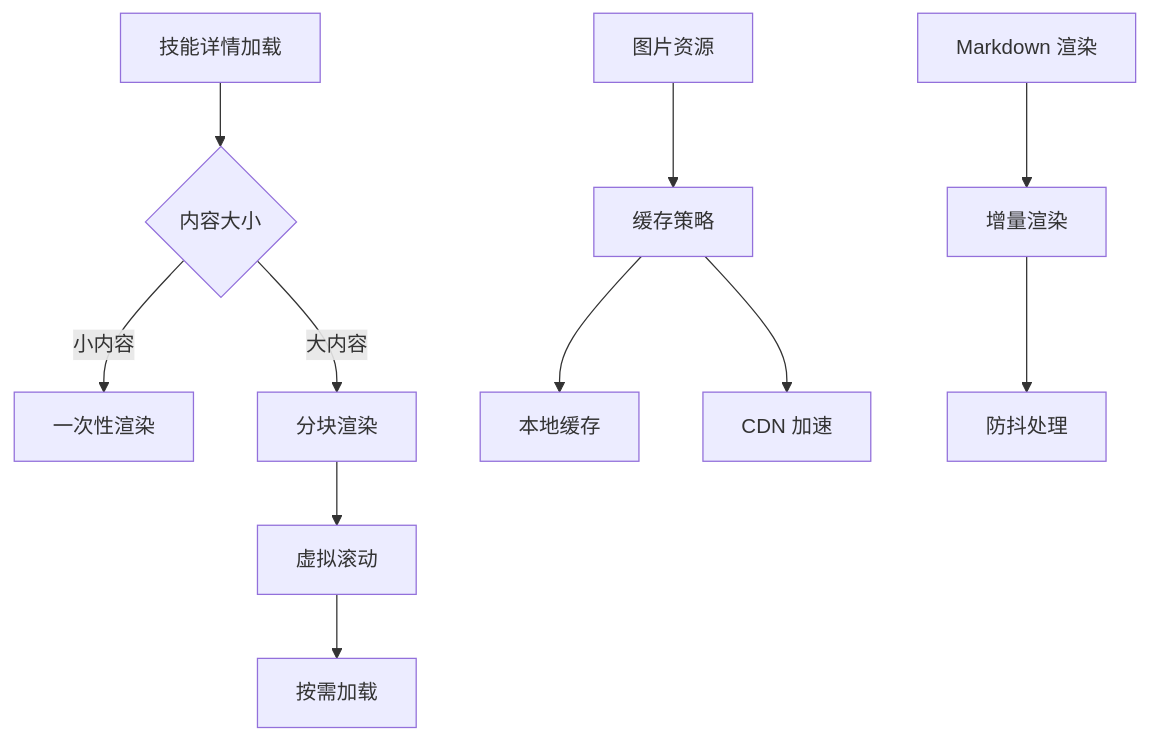
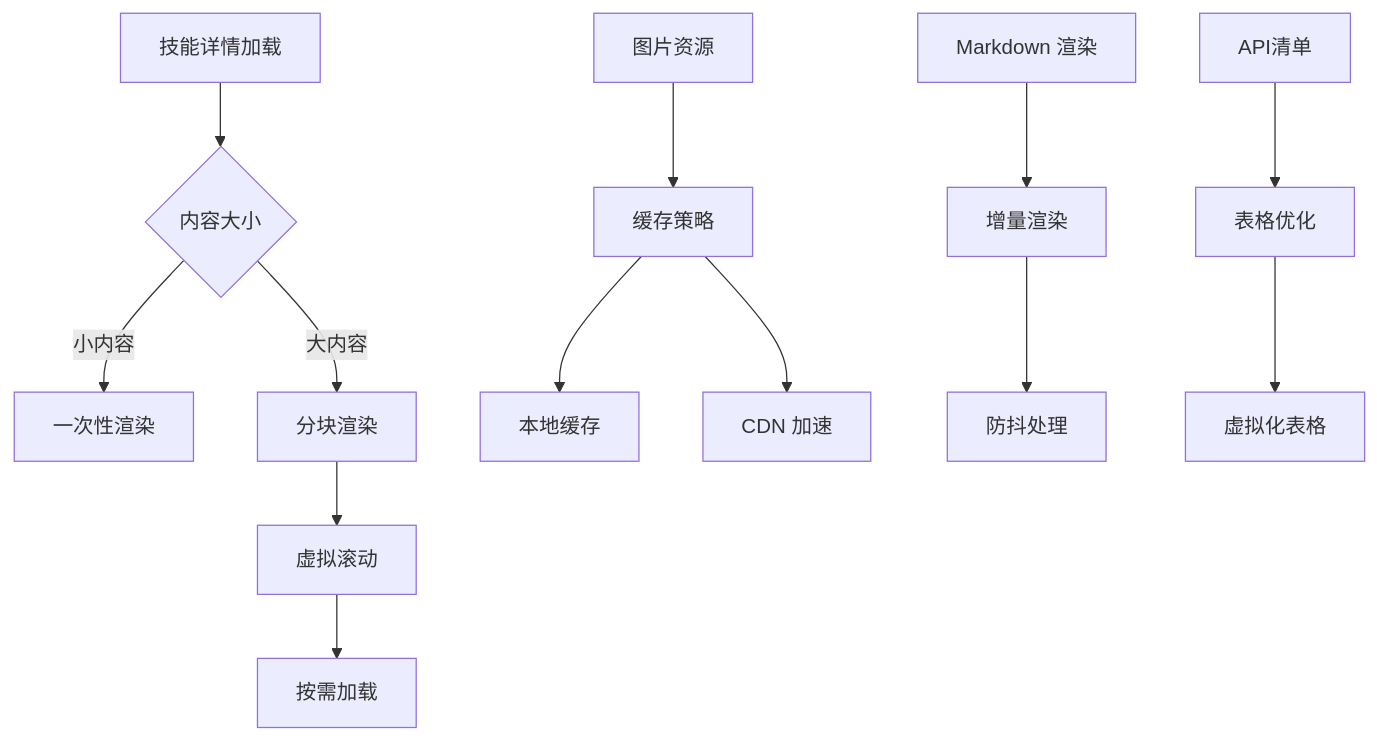
Diagram 15 of 16 in .qoder/repowiki/zh/content/核心功能模块/技能管理系统/技能详情屏幕.md (AvatoLabs/avato), drawn with Mermaid before and after one commit. The commit also changed other lines of this file and 158 other files, not shown here.

````diff
--- a/.qoder/repowiki/zh/content/核心功能模块/技能管理系统/技能详情屏幕.md
+++ b/.qoder/repowiki/zh/content/核心功能模块/技能管理系统/技能详情屏幕.md
@@ -551,13 +702,15 @@
 ```mermaid
 flowchart TD
 A[技能详情加载] --> B{内容大小}
 B --> |小内容| C[一次性渲染]
 B --> |大内容| D[分块渲染]
 D --> E[虚拟滚动]
 E --> F[按需加载]
 G[图片资源] --> H[缓存策略]
 H --> I[本地缓存]
 H --> J[CDN 加速]
 K[Markdown 渲染] --> L[增量渲染]
 L --> M[防抖处理]
+N[API清单] --> O[表格优化]
+O --> P[虚拟化表格]
 ```
````
